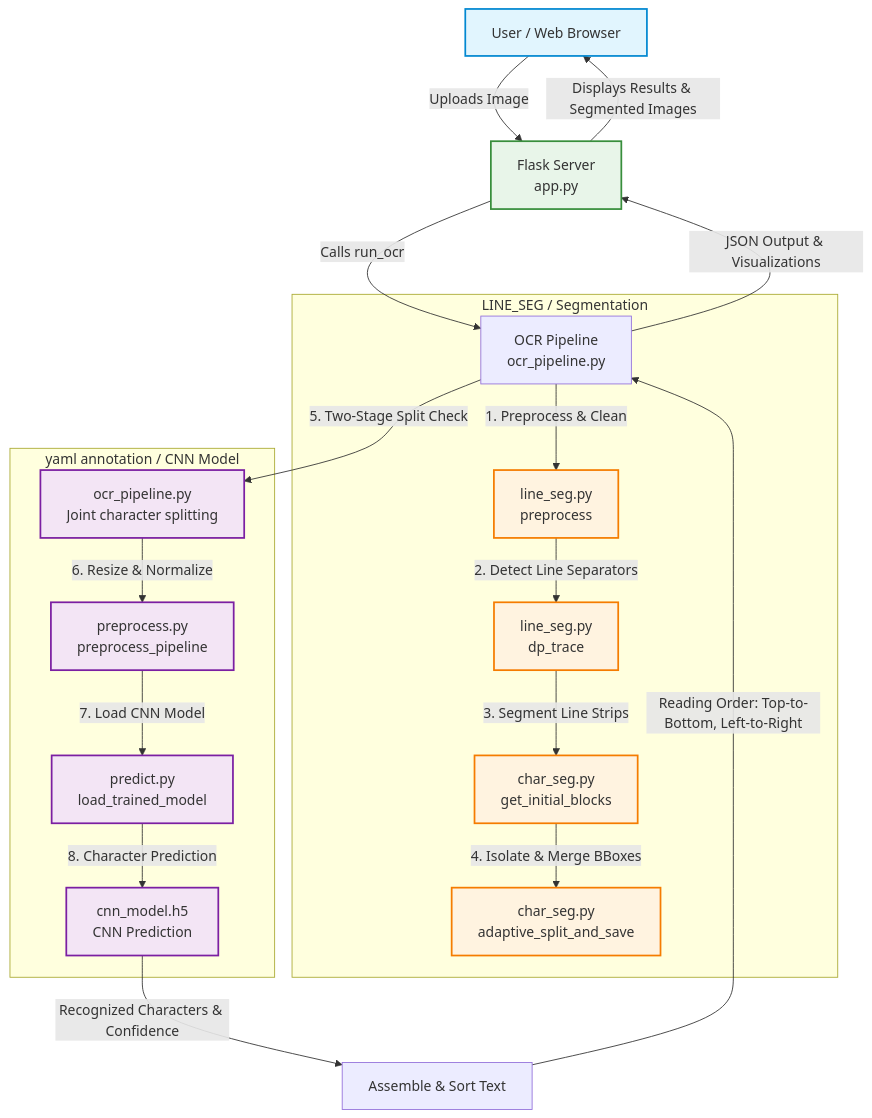
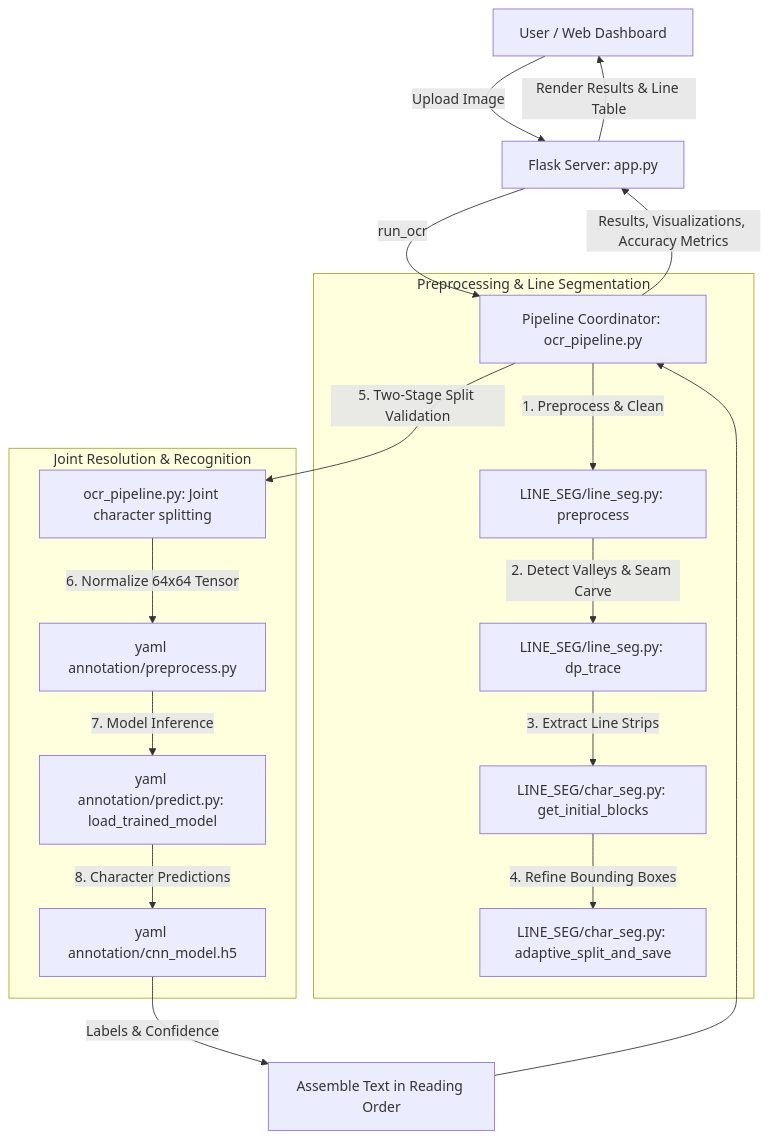
Before and after one commit to girijesh-s001/Palm-Leaf-Project: the diagram in README.md, drawn with Mermaid. The commit also changed other lines of this file and 4609 other files, not shown here.

````diff
--- a/README.md
+++ b/README.md
@@ -54,36 +38,24 @@
 ```mermaid
 graph TD
-    %% Styling
-    classDef client fill:#e1f5fe,stroke:#0288d1,stroke-width:2px;
-    classDef server fill:#e8f5e9,stroke:#388e3c,stroke-width:2px;
-    classDef seg fill:#fff3e0,stroke:#f57c00,stroke-width:2px;
-    classDef cnn fill:#f3e5f5,stroke:#7b1fa2,stroke-width:2px;
-
-    %% Nodes
-    A[User / Web Browser] -->|Uploads Image| B[Flask Server <br> app.py]
-    B -->|Calls run_ocr| C[OCR Pipeline <br> ocr_pipeline.py]
+    A[User / Web Dashboard] -->|Upload Image| B[Flask Server: app.py]
+    B -->|run_ocr| C[Pipeline Coordinator: ocr_pipeline.py]
     
-    subgraph Segmentation Module [LINE_SEG / Segmentation]
-        C -->|1. Preprocess & Clean| D[line_seg.py <br> preprocess]
-        D -->|2. Detect Line Separators| E[line_seg.py <br> dp_trace]
-        E -->|3. Segment Line Strips| F[char_seg.py <br> get_initial_blocks]
-        F -->|4. Isolate & Merge BBoxes| G[char_seg.py <br> adaptive_split_and_save]
+    subgraph Preprocessing & Line Segmentation
+        C -->|1. Preprocess & Clean| D[LINE_SEG/line_seg.py: preprocess]
+        D -->|2. Detect Valleys & Seam Carve| E[LINE_SEG/line_seg.py: dp_trace]
+        E -->|3. Extract Line Strips| F[LINE_SEG/char_seg.py: get_initial_blocks]
+        F -->|4. Refine Bounding Boxes| G[LINE_SEG/char_seg.py: adaptive_split_and_save]
     end
     
-    subgraph Character Recognition [yaml annotation / CNN Model]
-        C -->|5. Two-Stage Split Check| H[ocr_pipeline.py <br> Joint character splitting]
-        H -->|6. Resize & Normalize| I[preprocess.py <br> preprocess_pipeline]
-        I -->|7. Load CNN Model| J[predict.py <br> load_trained_model]
-        J -->|8. Character Prediction| K[cnn_model.h5 <br> CNN Prediction]
+    subgraph Joint Resolution & Recognition
+        C -->|5. Two-Stage Split Validation| H[ocr_pipeline.py: Joint character splitting]
+        H -->|6. Normalize 64x64 Tensor| I[yaml annotation/preprocess.py]
+        I -->|7. Model Inference| J[yaml annotation/predict.py: load_trained_model]
+        J -->|8. Character Predictions| K[yaml annotation/cnn_model.h5]
     end
     
-    K -->|Recognized Characters & Confidence| L[Assemble & Sort Text]
-    L -->|Reading Order: Top-to-Bottom, Left-to-Right| C
-    C -->|JSON Output & Visualizations| B
-    B -->|Displays Results & Segmented Images| A
-
-    class A client;
-    class B server;
-    class D,E,F,G seg;
-    class H,I,J,K cnn;
+    K -->|Labels & Confidence| L[Assemble Text in Reading Order]
+    L --> C
+    C -->|Results, Visualizations, Accuracy Metrics| B
+    B -->|Render Results & Line Table| A
 ```
````
